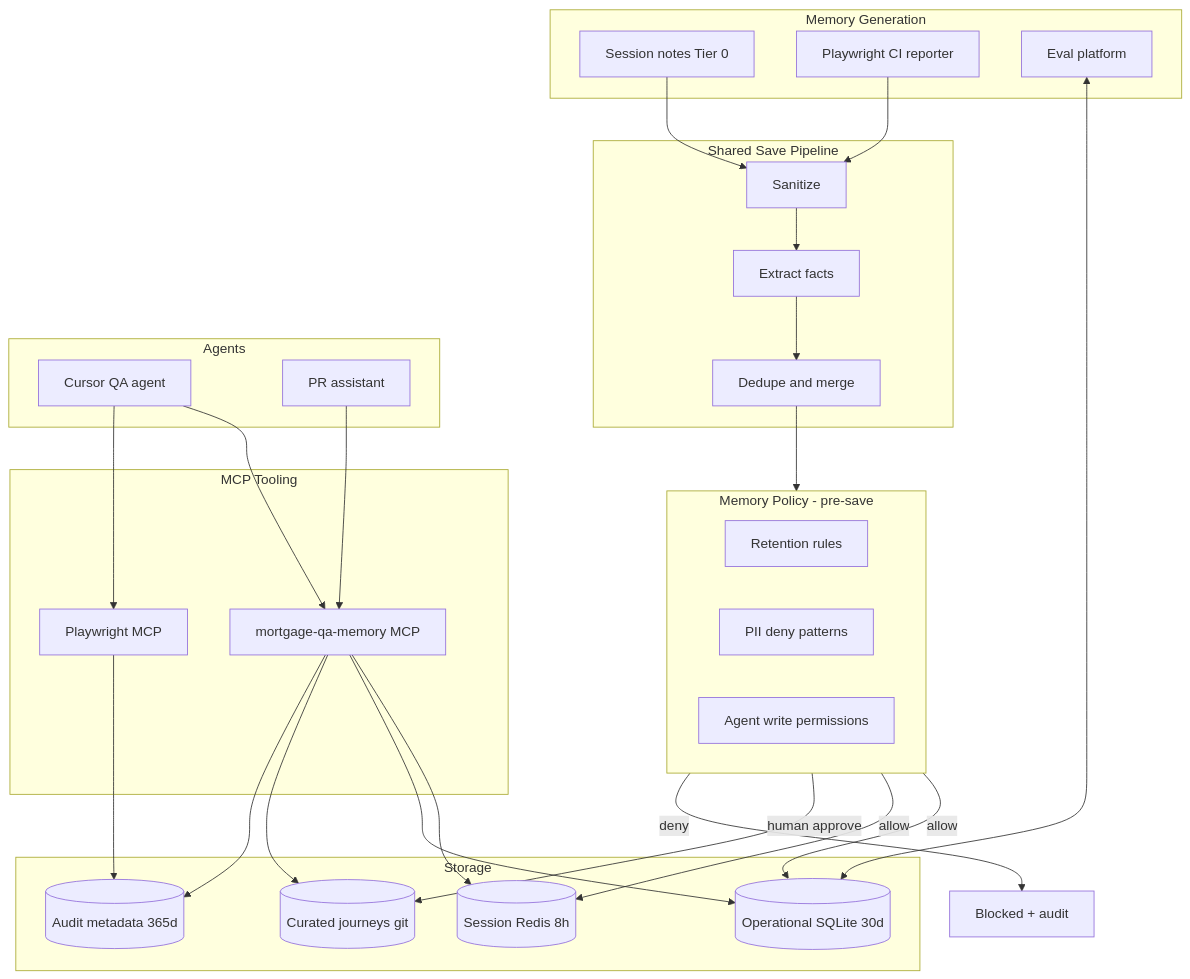
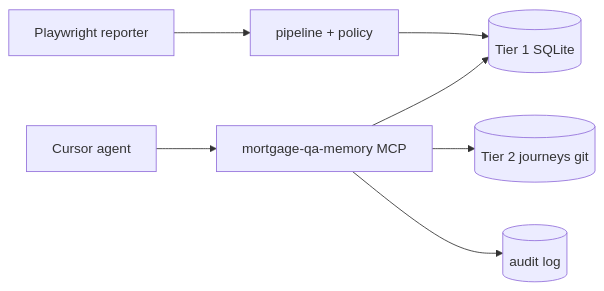
Before and after one commit to BraveToaster123/naf-memory-vault: the diagram in README.md, drawn with Mermaid. The commit also changed other lines of this file and 34 other files, not shown here.

````diff
--- a/README.md
+++ b/README.md
@@ -94,50 +51,9 @@
 ```mermaid
-flowchart TB
-  subgraph gen [Memory Generation]
-    CONV[Session notes Tier 0]
-    CI[Playwright CI reporter]
-    EVAL[Eval platform]
-  end
-
-  subgraph pipe [Shared Save Pipeline]
-    SAN[Sanitize]
-    EXT[Extract facts]
-    DED[Dedupe and merge]
-  end
-
-  subgraph pol [Memory Policy - pre-save]
-    RET[Retention rules]
-    PII[PII deny patterns]
-    PERM[Agent write permissions]
-  end
-
-  subgraph store [Storage]
-    T0[(Session Redis 8h)]
-    T1[(Operational SQLite 30d)]
-    T2[(Curated journeys git)]
-    AUD[(Audit metadata 365d)]
-  end
-
-  subgraph tools [MCP Tooling]
-    MQM[mortgage-qa-memory MCP]
-    PW[Playwright MCP]
-  end
-
-  subgraph agents [Agents]
-    CUR[Cursor QA agent]
-    PRA[PR assistant]
-  end
-
-  CONV --> SAN
-  CI --> SAN
-  SAN --> EXT --> DED --> pol
-  pol -->|allow| T1
-  pol -->|allow| T0
-  pol -->|human approve| T2
-  pol -->|deny| BLOCK[Blocked + audit]
-  MQM --> T0 & T1 & T2 & AUD
-  CUR --> MQM & PW
-  PW --> AUD
-  EVAL <--> T1
-  PRA --> MQM
+flowchart LR
+  CI[Playwright reporter] --> PIPE[pipeline + policy]
+  PIPE --> T1[(Tier 1 SQLite)]
+  CUR[Cursor agent] --> MCP[mortgage-qa-memory MCP]
+  MCP --> T1
+  MCP --> T2[(Tier 2 journeys git)]
+  MCP --> AUD[(audit log)]
 ```
````
